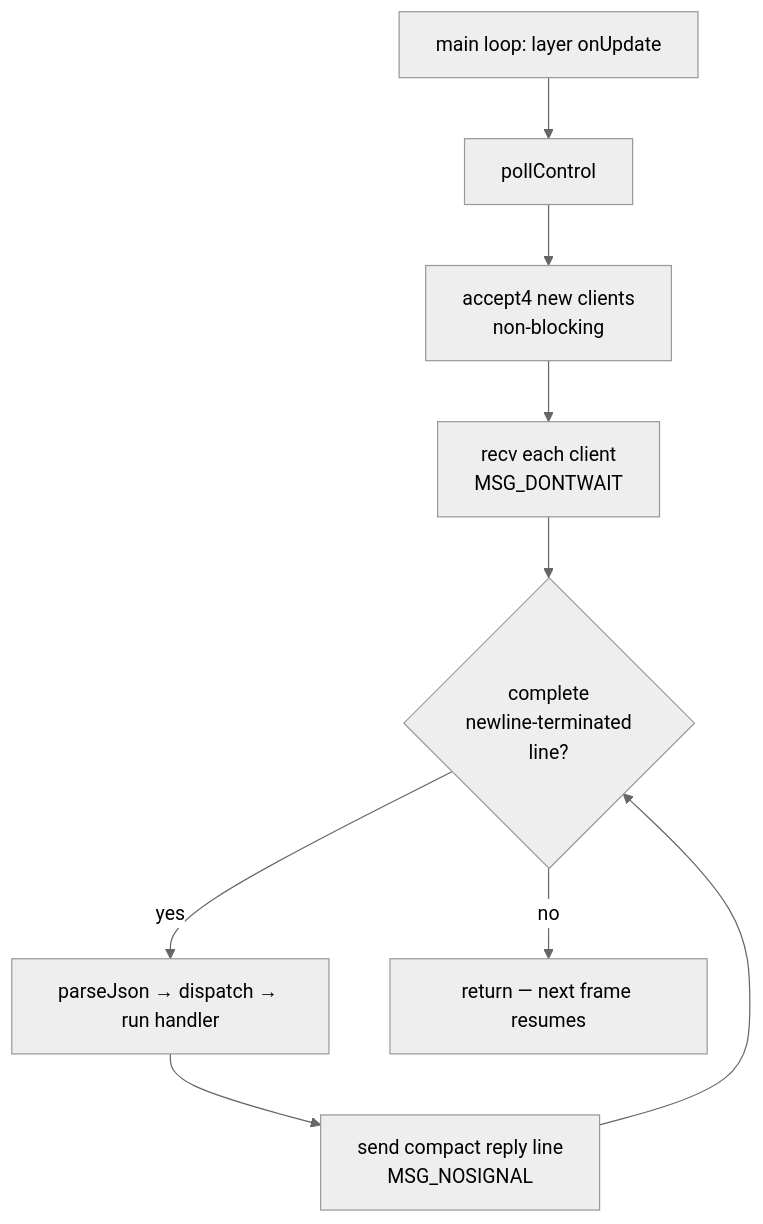
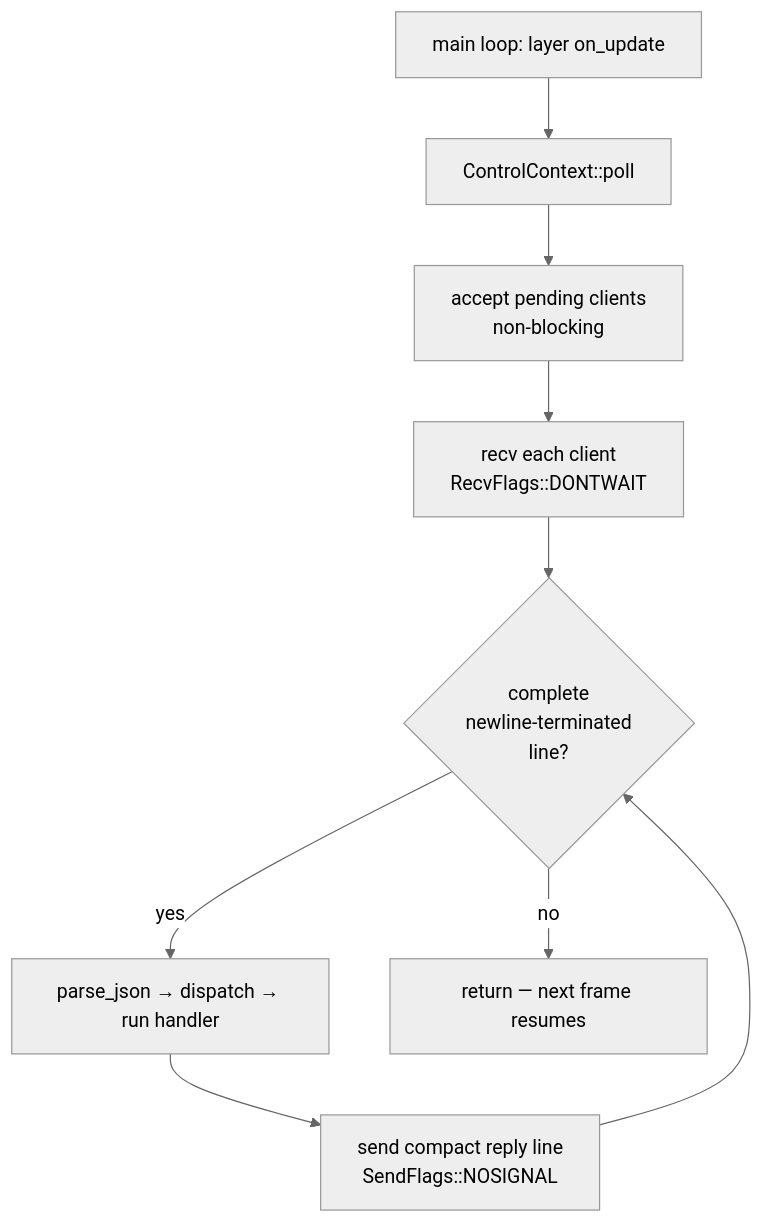
The diagram in docs/content/explanations/tooling-and-control/control-plane-architecture.md (saffronjam/saffron-anima), drawn with Mermaid (neutral theme) before and after one commit. The commit also changed other lines of this file and 7 other files, not shown here.

````diff
--- a/docs/content/explanations/tooling-and-control/control-plane-architecture.md
+++ b/docs/content/explanations/tooling-and-control/control-plane-architecture.md
@@ -29,11 +29,11 @@
 ```mermaid
 flowchart TD
-    A[main loop: layer onUpdate] --> B[pollControl]
-    B --> C[accept4 new clients<br/>non-blocking]
-    C --> D[recv each client<br/>MSG_DONTWAIT]
+    A[main loop: layer on_update] --> B[ControlContext::poll]
+    B --> C[accept pending clients<br/>non-blocking]
+    C --> D[recv each client<br/>RecvFlags::DONTWAIT]
     D --> E{complete<br/>newline-terminated<br/>line?}
-    E -- yes --> F[parseJson → dispatch → run handler]
-    F --> G[send compact reply line<br/>MSG_NOSIGNAL]
+    E -- yes --> F[parse_json → dispatch → run handler]
+    F --> G[send compact reply line<br/>SendFlags::NOSIGNAL]
     G --> E
     E -- no --> H[return — next frame resumes]
 ```
````
